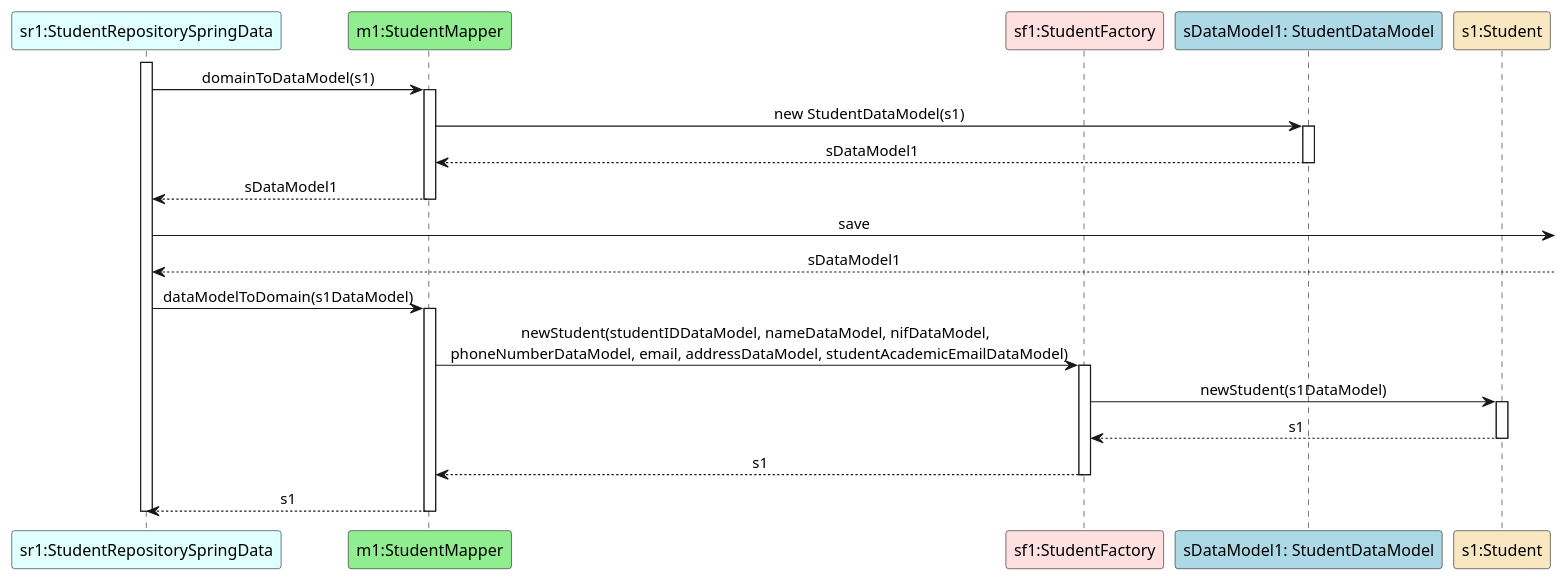
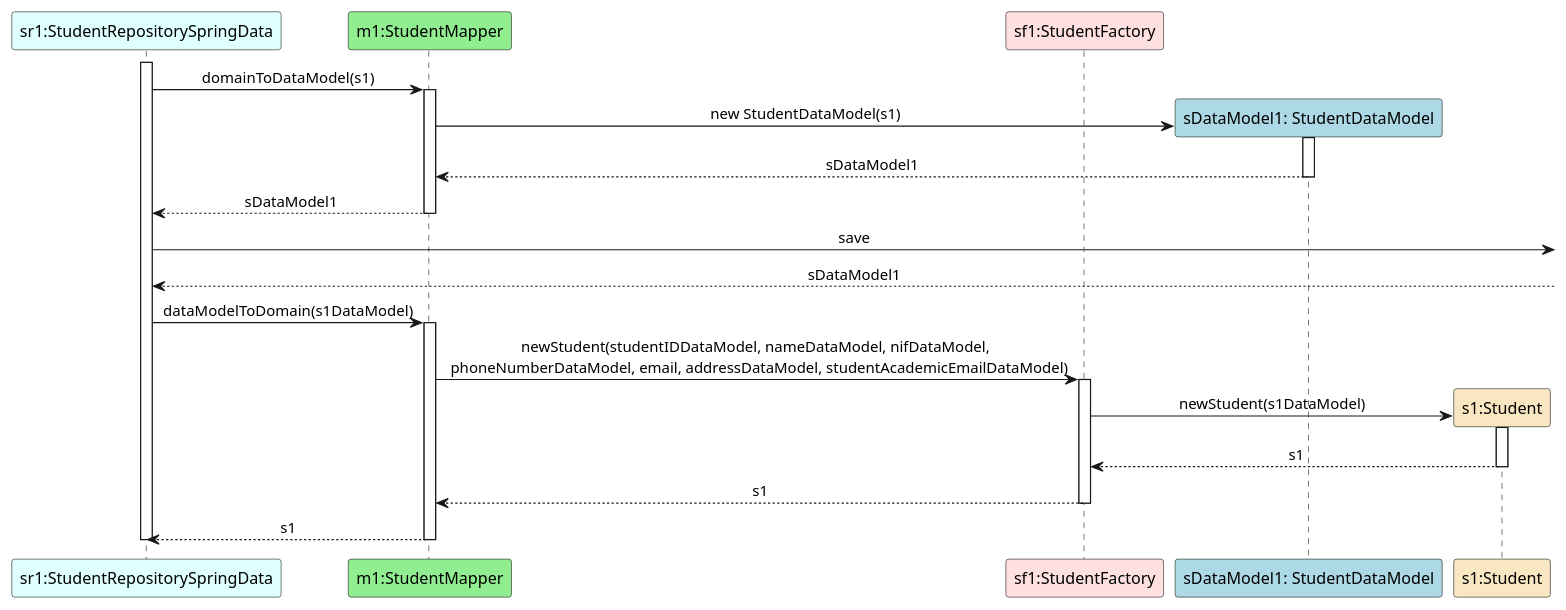
One commit to GasparISEP/DevOps-PAI changed the diagram in docs/US08/Documentation_SpringData_JPA/US08_SaveInDataBase.puml. Above: the diagram before and after it, drawn with PlantUML.

Commit message:
Ref #269: Minor fix in ref ResgisterAStudentInTheSystem sequence diagram

```diff
--- a/docs/US08/Documentation_SpringData_JPA/US08_SaveInDataBase.puml
+++ b/docs/US08/Documentation_SpringData_JPA/US08_SaveInDataBase.puml
@@ -1,34 +1,34 @@
 @startuml
 participant "sr1:StudentRepositorySpringData" as SR #lightcyan
 participant "m1:StudentMapper" as mapper #lightgreen
 participant "sf1:StudentFactory" as factory #implementation
 participant "sDataModel1: StudentDataModel" as sDM #lightblue
 participant "s1:Student" as s1 #strategy
 skinparam sequenceMessageAlign center
 
 
 activate SR
 SR -> mapper: domainToDataModel(s1)
 activate mapper
-mapper -> sDM: new StudentDataModel(s1)
+mapper -> sDM**: new StudentDataModel(s1)
 activate sDM
 sDM --> mapper : sDataModel1
 deactivate sDM
 mapper --> SR: sDataModel1
 deactivate mapper
 SR -> : save
 SR <-- :sDataModel1
 SR -> mapper: dataModelToDomain(s1DataModel)
 activate mapper
 mapper -> factory : newStudent(studentIDDataModel, nameDataModel, nifDataModel, \n phoneNumberDataModel, email, addressDataModel, studentAcademicEmailDataModel)
 activate factory
-factory -> s1: newStudent(s1DataModel)
+factory -> s1**: newStudent(s1DataModel)
 activate s1
 s1 --> factory: s1
 deactivate s1
 factory --> mapper: s1
 deactivate factory
 mapper --> SR : s1
 deactivate mapper
 deactivate SR
 @enduml
```
